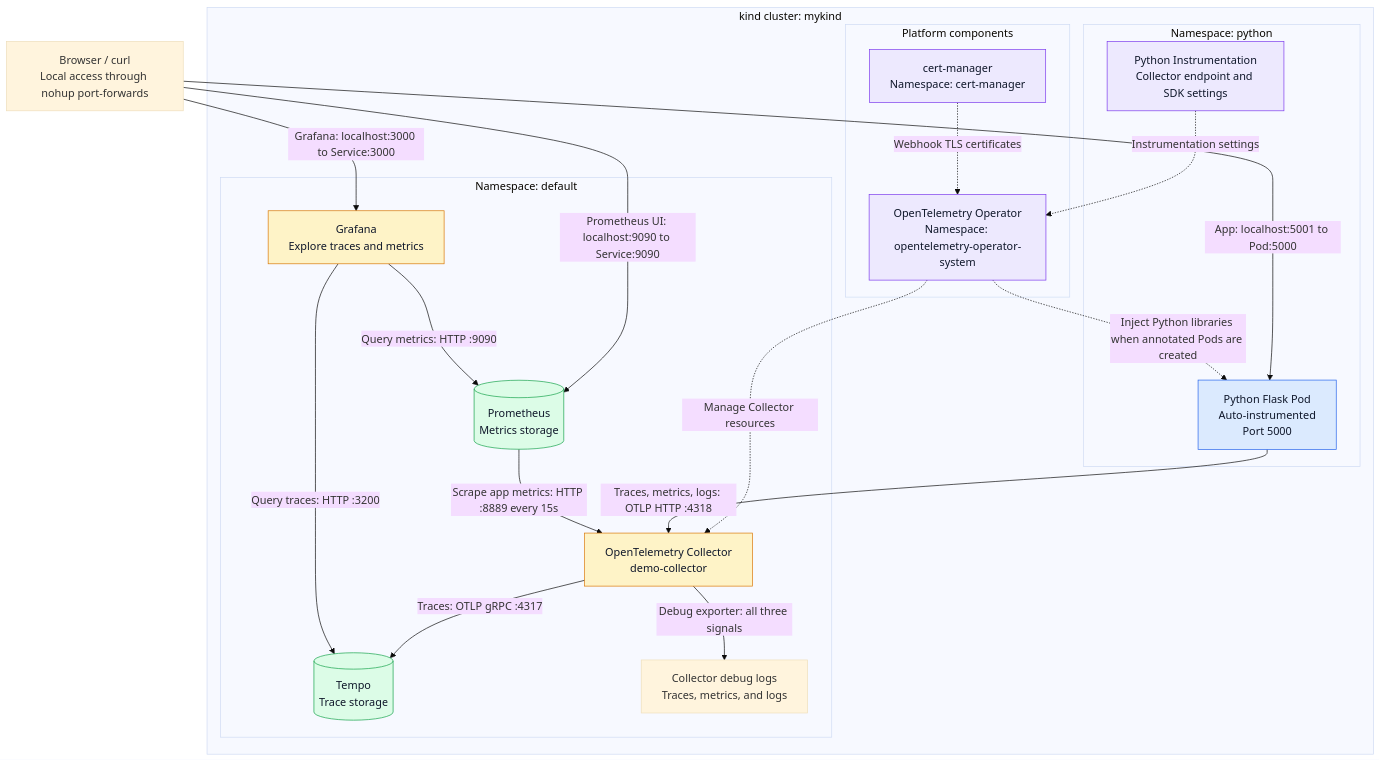
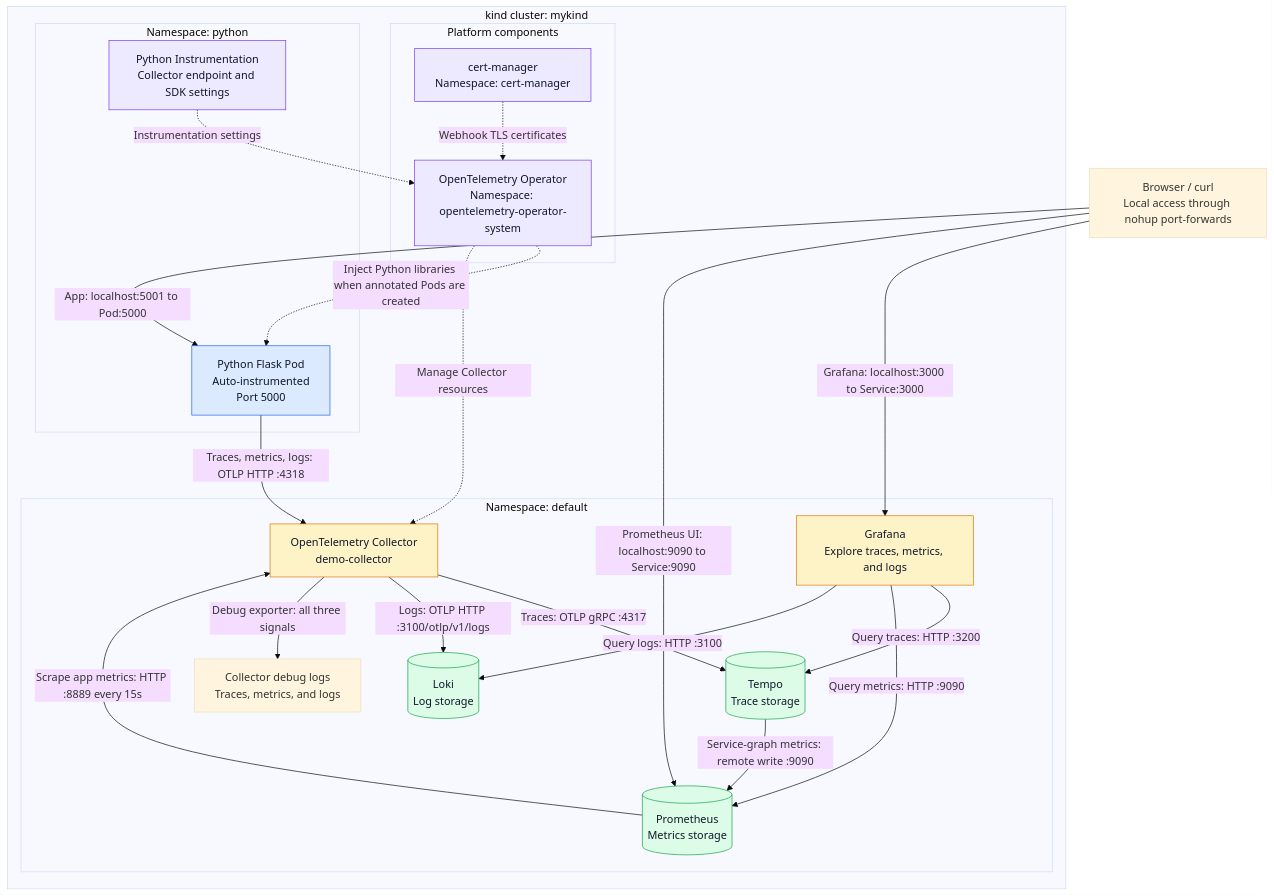
One commit to jainrohitk/opentelemetry changed the diagram in README.md. Above: the diagram before and after it, drawn with Mermaid (base theme). The commit also changed other lines of this file and 6 other files, not shown here.

Commit message:
Configure service graphs, Loki logs, and automatic browser opening

````diff
--- a/README.md
+++ b/README.md
@@ -8,49 +8,53 @@
 ```mermaid
 flowchart TB
     Browser["Browser / curl<br/>Local access through nohup port-forwards"]
 
     subgraph Cluster["kind cluster: mykind"]
         subgraph Platform["Platform components"]
             CertManager["cert-manager<br/>Namespace: cert-manager"]
             Operator["OpenTelemetry Operator<br/>Namespace: opentelemetry-operator-system"]
         end
 
         subgraph PythonNamespace["Namespace: python"]
             Instrumentation["Python Instrumentation<br/>Collector endpoint and SDK settings"]
             App["Python Flask Pod<br/>Auto-instrumented<br/>Port 5000"]
         end
 
         subgraph DefaultNamespace["Namespace: default"]
             Collector["OpenTelemetry Collector<br/>demo-collector"]
             Tempo[("Tempo<br/>Trace storage")]
             Prometheus[("Prometheus<br/>Metrics storage")]
-            Grafana["Grafana<br/>Explore traces and metrics"]
+            Loki[("Loki<br/>Log storage")]
+            Grafana["Grafana<br/>Explore traces, metrics, and logs"]
             DebugLogs["Collector debug logs<br/>Traces, metrics, and logs"]
         end
     end
 
     Browser -->|"App: localhost:5001 to Pod:5000"| App
     Browser -->|"Grafana: localhost:3000 to Service:3000"| Grafana
     Browser -->|"Prometheus UI: localhost:9090 to Service:9090"| Prometheus
 
     CertManager -.->|"Webhook TLS certificates"| Operator
     Instrumentation -.->|"Instrumentation settings"| Operator
     Operator -.->|"Inject Python libraries when annotated Pods are created"| App
     Operator -.->|"Manage Collector resources"| Collector
 
     App -->|"Traces, metrics, logs: OTLP HTTP :4318"| Collector
     Collector -->|"Traces: OTLP gRPC :4317"| Tempo
+    Collector -->|"Logs: OTLP HTTP :3100/otlp/v1/logs"| Loki
+    Tempo -->|"Service-graph metrics: remote write :9090"| Prometheus
     Prometheus -->|"Scrape app metrics: HTTP :8889 every 15s"| Collector
     Grafana -->|"Query traces: HTTP :3200"| Tempo
     Grafana -->|"Query metrics: HTTP :9090"| Prometheus
+    Grafana -->|"Query logs: HTTP :3100"| Loki
     Collector -->|"Debug exporter: all three signals"| DebugLogs
 
     classDef app fill:#DBEAFE,stroke:#2563EB,color:#0F172A
     classDef collector fill:#FEF3C7,stroke:#D97706,color:#0F172A
     classDef storage fill:#DCFCE7,stroke:#16A34A,color:#0F172A
     classDef platform fill:#EDE9FE,stroke:#7C3AED,color:#0F172A
     class App app
     class Collector,Grafana collector
-    class Tempo,Prometheus storage
+    class Tempo,Prometheus,Loki storage
     class CertManager,Operator,Instrumentation platform
 ```
````
